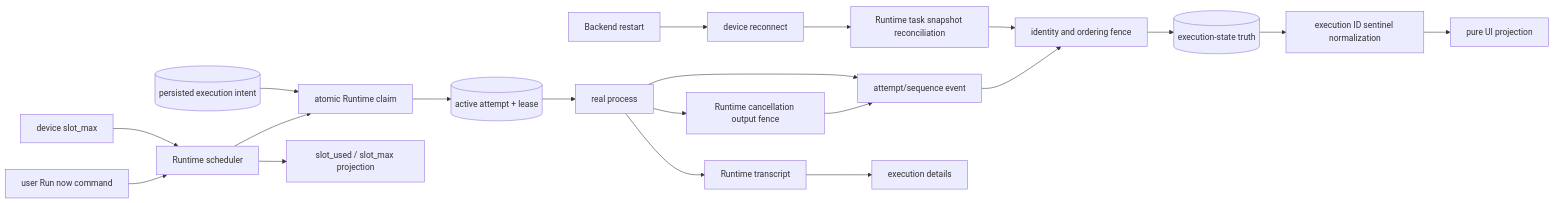
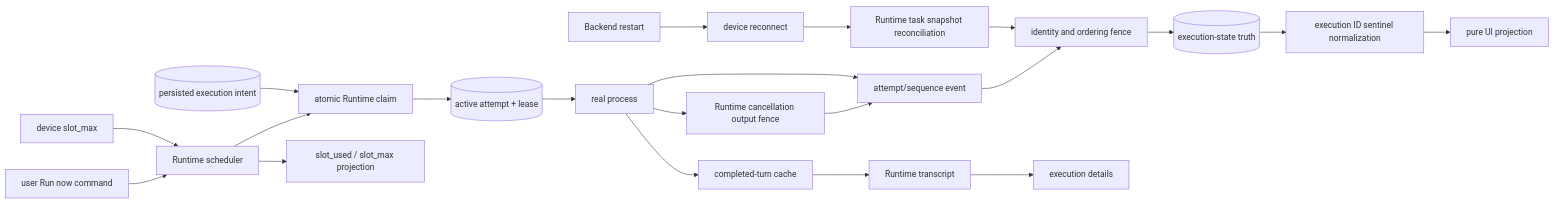
Before and after one commit to wecode-ai/Wegent: the first of 2 diagrams in docs/en/architecture/project-execution-state.md, drawn with Mermaid. The commit also changed other lines of this file and 7 other files, not shown here.

````diff
--- a/docs/en/architecture/project-execution-state.md
+++ b/docs/en/architecture/project-execution-state.md
@@ -9,23 +9,24 @@
 ```mermaid
 flowchart LR
     INTENT[(persisted execution intent)] --> CLAIM[atomic Runtime claim]
     CLAIM --> ACTIVE[(active attempt + lease)]
     ACTIVE --> PROCESS[real process]
     PROCESS --> EVENT[attempt/sequence event]
     RESTART[Backend restart] --> RECONNECT[device reconnect]
     RECONNECT --> SNAPSHOT[Runtime task snapshot reconciliation]
     SNAPSHOT --> FENCE
     CANCEL_FENCE[Runtime cancellation output fence] --> EVENT
     PROCESS --> CANCEL_FENCE
     EVENT --> FENCE[identity and ordering fence]
     FENCE --> TRUTH[(execution-state truth)]
     TRUTH --> NORMALIZE[execution ID sentinel normalization]
     NORMALIZE --> VIEW
     VIEW[pure UI projection]
     SETTINGS[device slot_max] --> SCHEDULER[Runtime scheduler]
     RUN_NOW[user Run now command] --> SCHEDULER
     SCHEDULER --> CLAIM
     SCHEDULER --> CAPACITY[slot_used / slot_max projection]
-    PROCESS --> TRANSCRIPT[Runtime transcript]
+    PROCESS --> TURN_CACHE[completed-turn cache]
+    TURN_CACHE --> TRANSCRIPT[Runtime transcript]
     TRANSCRIPT --> DETAIL[execution details]
 ```
````
